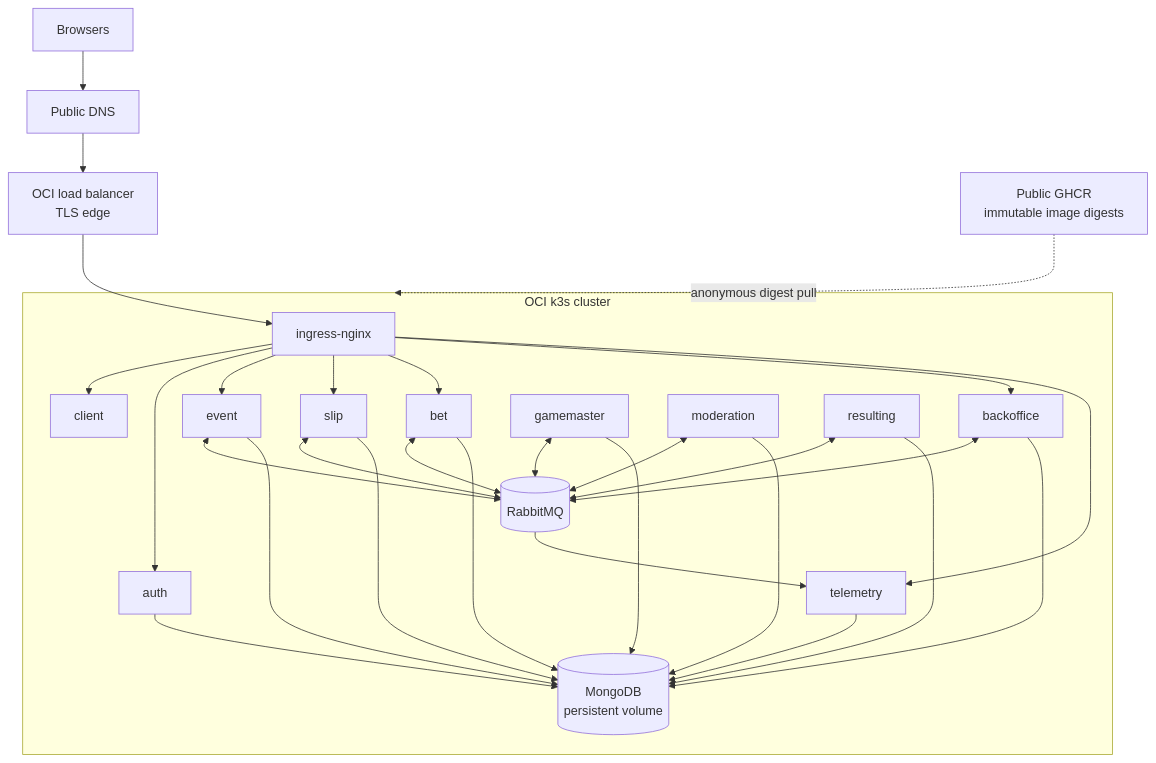
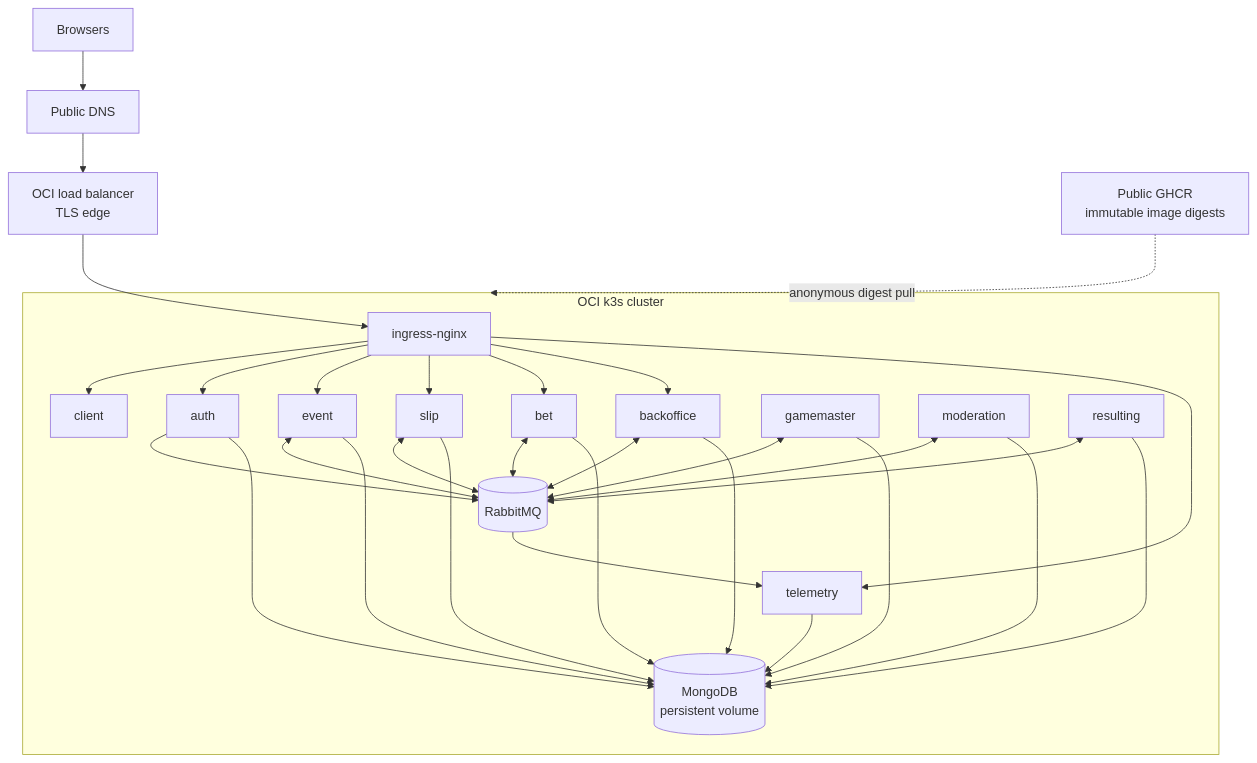
One commit to vasilyevstan/betstan changed the diagram in docs/wiki/Infrastructure.md. Above: the diagram before and after it, drawn with Mermaid. The commit also changed 12 other files, not shown here.

````diff
--- a/docs/wiki/Infrastructure.md
+++ b/docs/wiki/Infrastructure.md
@@ -15,47 +15,48 @@
 ```mermaid
 flowchart TB
     Internet["Browsers"]
     DNS["Public DNS"]
     LB["OCI load balancer<br/>TLS edge"]
     Ingress["ingress-nginx"]
     GHCR["Public GHCR<br/>immutable image digests"]
 
     Internet --> DNS --> LB --> Ingress
     GHCR -. anonymous digest pull .-> Cluster
 
     subgraph Cluster["OCI k3s cluster"]
         Ingress --> Client["client"]
         Ingress --> Auth["auth"]
         Ingress --> Event["event"]
         Ingress --> Slip["slip"]
         Ingress --> Bet["bet"]
         Ingress --> Backoffice["backoffice"]
         Ingress --> Telemetry["telemetry"]
 
         Gamemaster["gamemaster"]
         Moderation["moderation"]
         Resulting["resulting"]
 
         Broker[("RabbitMQ")]
         Database[("MongoDB<br/>persistent volume")]
 
+        Auth --> Broker
         Event <--> Broker
         Slip <--> Broker
         Bet <--> Broker
         Backoffice <--> Broker
         Gamemaster <--> Broker
         Moderation <--> Broker
         Resulting <--> Broker
         Broker --> Telemetry
 
         Auth --> Database
         Event --> Database
         Slip --> Database
         Bet --> Database
         Backoffice --> Database
         Gamemaster --> Database
         Moderation --> Database
         Resulting --> Database
         Telemetry --> Database
     end
 ```
````
